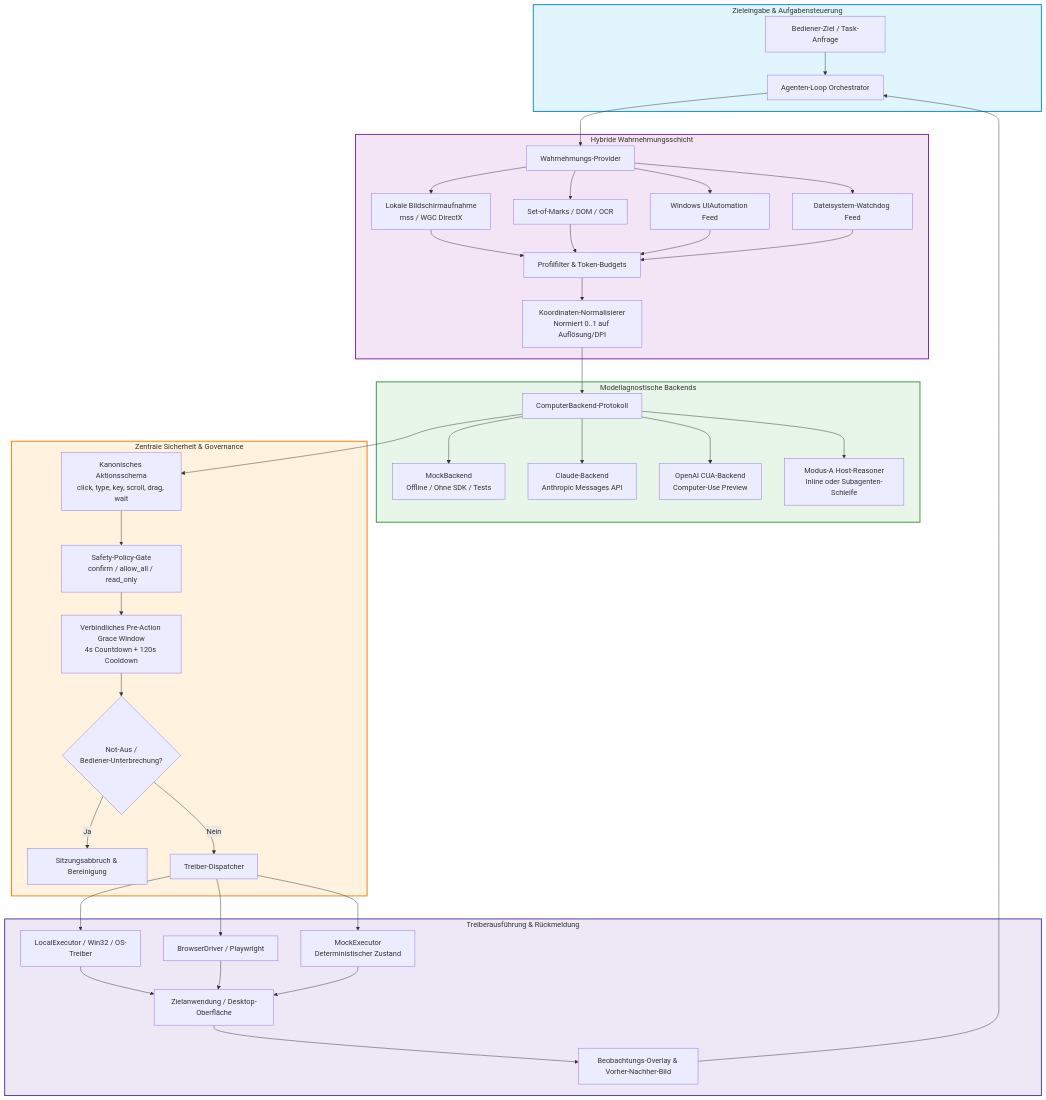
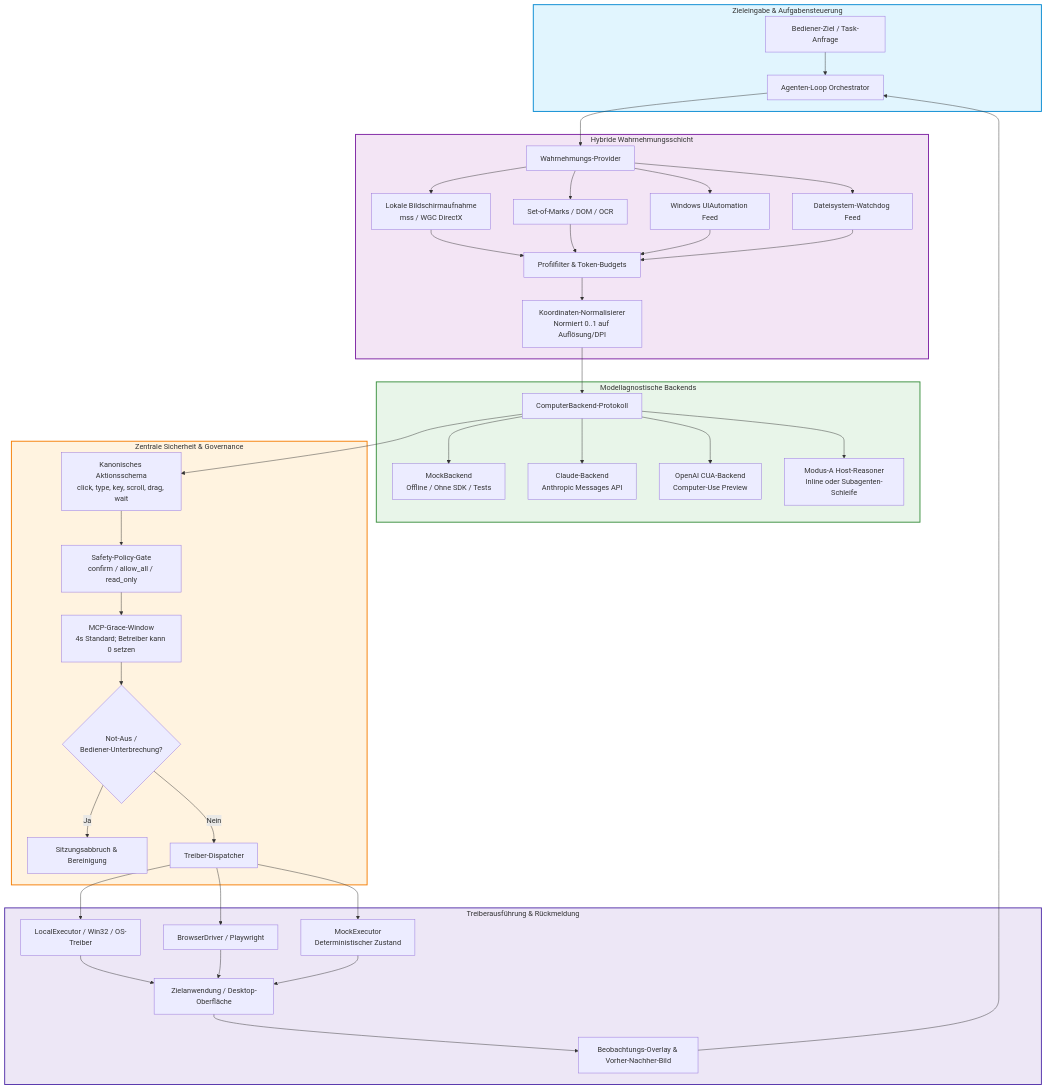
One commit to ellmos-ai/open-compute changed the first of 2 diagrams in README_de.md. Above: the diagram before and after it, drawn with Mermaid. The commit also changed other lines of this file and 9 other files, not shown here.

````diff
--- a/README_de.md
+++ b/README_de.md
@@ -161,48 +161,48 @@
 ```mermaid
 flowchart TD
     subgraph Intake ["Zieleingabe & Aufgabensteuerung"]
         G[Bediener-Ziel / Task-Anfrage] --> L[Agenten-Loop Orchestrator]
     end
 
     subgraph PerceptionLayer ["Hybride Wahrnehmungsschicht"]
         L --> P[Wahrnehmungs-Provider]
         P --> P1[Lokale Bildschirmaufnahme<br/>mss / WGC DirectX]
         P --> P2[Set-of-Marks / DOM / OCR]
         P --> P3[Windows UIAutomation Feed]
         P --> P4[Dateisystem-Watchdog Feed]
         P1 & P2 & P3 & P4 --> PF[Profilfilter & Token-Budgets]
         PF --> COORD[Koordinaten-Normalisierer<br/>Normiert 0..1 auf Auflösung/DPI]
     end
 
     subgraph BackendLayer ["Modellagnostische Backends"]
         COORD --> BACK[ComputerBackend-Protokoll]
         BACK --> B1[MockBackend<br/>Offline / Ohne SDK / Tests]
         BACK --> B2[Claude-Backend<br/>Anthropic Messages API]
         BACK --> B3[OpenAI CUA-Backend<br/>Computer-Use Preview]
         BACK --> B4[Modus-A Host-Reasoner<br/>Inline oder Subagenten-Schleife]
     end
 
     subgraph SafetyLayer ["Zentrale Sicherheit & Governance"]
         BACK --> ACT[Kanonisches Aktionsschema<br/>click, type, key, scroll, drag, wait]
         ACT --> SG[Safety-Policy-Gate<br/>confirm / allow_all / read_only]
-        SG --> GW[Verbindliches Pre-Action Grace Window<br/>4s Countdown + 120s Cooldown]
+        SG --> GW[MCP-Grace-Window<br/>4s Standard; Betreiber kann 0 setzen]
         GW --> ABORT{Not-Aus /<br/>Bediener-Unterbrechung?}
         ABORT -- Ja --> STOP[Sitzungsabbruch & Bereinigung]
         ABORT -- Nein --> EXEC[Treiber-Dispatcher]
     end
 
     subgraph ExecutionLayer ["Treiberausführung & Rückmeldung"]
         EXEC --> E1[LocalExecutor / Win32 / OS-Treiber]
         EXEC --> E2[BrowserDriver / Playwright]
         EXEC --> E3[MockExecutor<br/>Deterministischer Zustand]
         E1 & E2 & E3 --> SCREEN[Zielanwendung / Desktop-Oberfläche]
         SCREEN --> OBS[Beobachtungs-Overlay & Vorher-Nachher-Bild]
         OBS --> L
     end
 
     style Intake fill:#e1f5fe,stroke:#0288d1,stroke-width:2px
     style PerceptionLayer fill:#f3e5f5,stroke:#7b1fa2,stroke-width:2px
     style BackendLayer fill:#e8f5e9,stroke:#388e3c,stroke-width:2px
     style SafetyLayer fill:#fff3e0,stroke:#f57c00,stroke-width:2px
     style ExecutionLayer fill:#ede7f6,stroke:#512da8,stroke-width:2px
 ```
````
